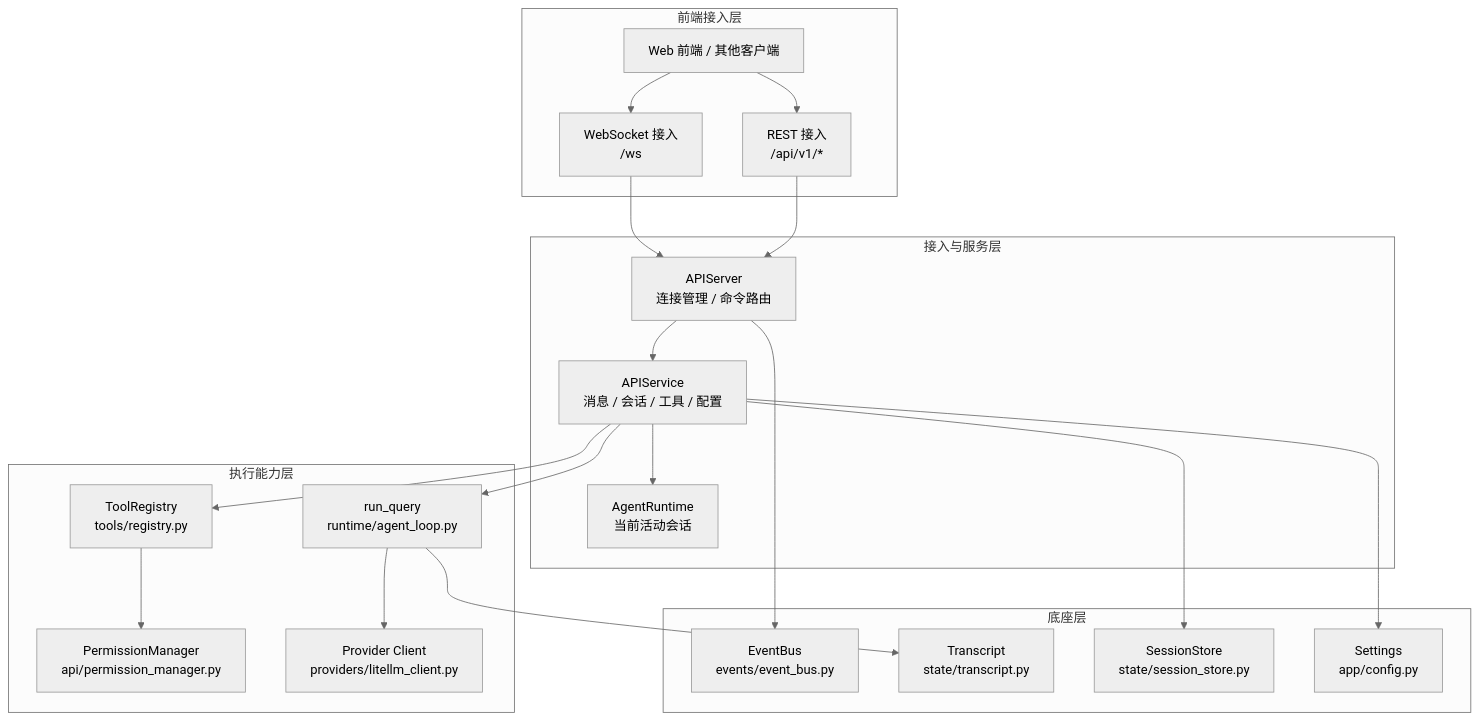
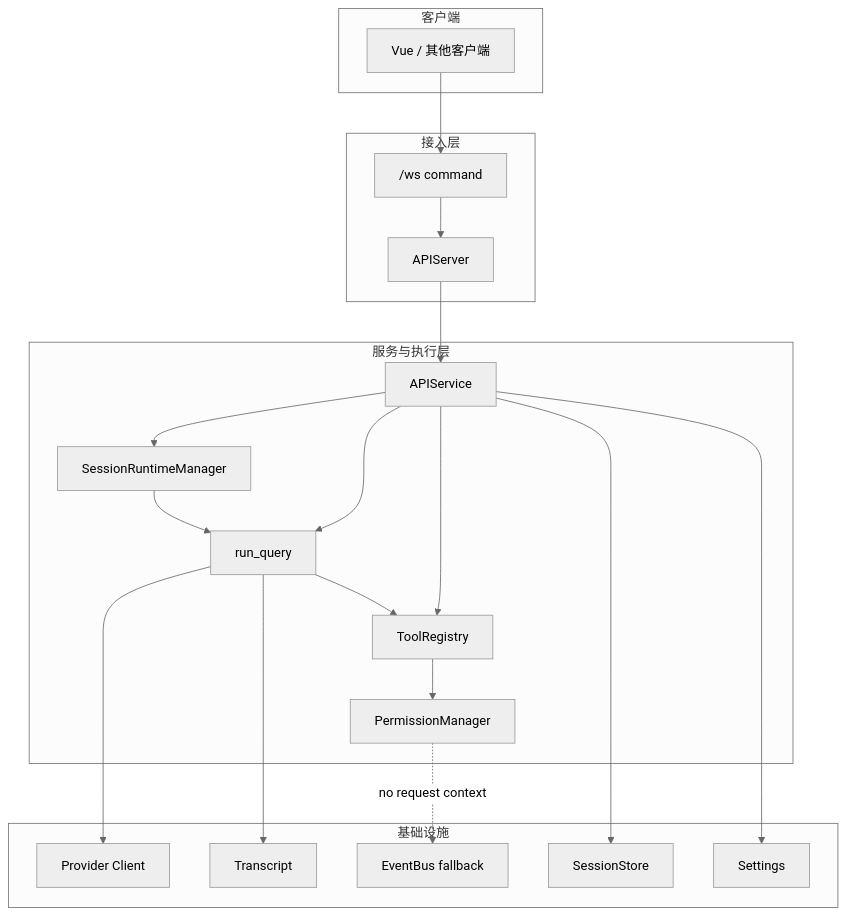
One commit to GoldenGYQ/ggbot changed the second of 6 diagrams in doc/architecture.md. Above: the diagram before and after it, drawn with Mermaid (neutral theme). The commit also changed other lines of this file and 1 other file, not shown here.

````diff
--- a/doc/architecture.md
+++ b/doc/architecture.md
@@ -149,43 +142,42 @@
 ```mermaid
 flowchart TB
-    subgraph A["前端接入层"]
-        FE["Web 前端 / 其他客户端"]
-        WS["WebSocket 接入<br/>/ws"]
-        REST["REST 接入<br/>/api/v1/*"]
+    subgraph A["客户端"]
+        FE["Vue / 其他客户端"]
     end
 
-    subgraph B["接入与服务层"]
-        SERVER["APIServer<br/>连接管理 / 命令路由"]
-        SVC["APIService<br/>消息 / 会话 / 工具 / 配置"]
-        RT["AgentRuntime<br/>当前活动会话"]
+    subgraph B["接入层"]
+        WS["/ws command"]
+        SERVER["APIServer"]
     end
 
-    subgraph C["执行能力层"]
-        LOOP["run_query<br/>runtime/agent_loop.py"]
-        TOOL["ToolRegistry<br/>tools/registry.py"]
-        PM["PermissionManager<br/>api/permission_manager.py"]
-        MODEL["Provider Client<br/>providers/litellm_client.py"]
+    subgraph C["服务与执行层"]
+        SVC["APIService"]
+        SRM["SessionRuntimeManager"]
+        LOOP["run_query"]
+        TOOL["ToolRegistry"]
+        PM["PermissionManager"]
     end
 
-    subgraph D["底座层"]
-        BUS["EventBus<br/>events/event_bus.py"]
-        TRANS["Transcript<br/>state/transcript.py"]
-        STORE["SessionStore<br/>state/session_store.py"]
-        CFG["Settings<br/>app/config.py"]
+    subgraph D["基础设施"]
+        MODEL["Provider Client"]
+        TRANS["Transcript"]
+        STORE["SessionStore"]
+        CFG["Settings"]
+        BUS["EventBus fallback"]
     end
 
     FE --> WS
-    FE --> REST
     WS --> SERVER
-    REST --> SERVER
     SERVER --> SVC
-    SVC --> RT
-    LOOP --> MODEL
+    SVC --> SRM
+    SRM --> LOOP
     SVC --> LOOP
     SVC --> TOOL
-    TOOL --> PM
-    SERVER --> BUS
-    LOOP --> TRANS
     SVC --> STORE
     SVC --> CFG
+    LOOP --> MODEL
+    LOOP --> TRANS
+    LOOP --> TOOL
+    TOOL --> PM
+    PM -. no request context .-> BUS
 ```
````
